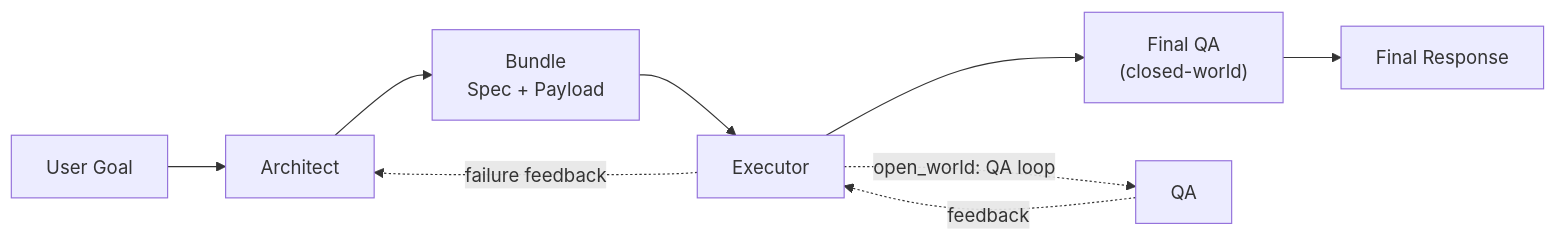
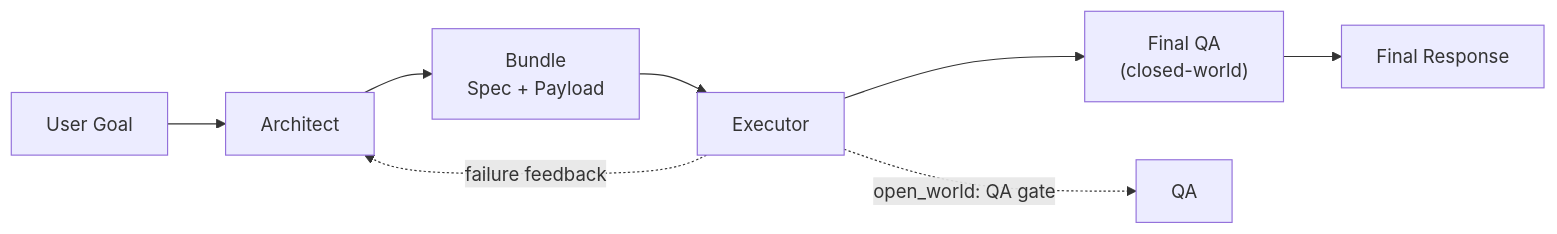
The first of 2 diagrams in README.md (GabrielBarberini/meta-prompting-protocol), drawn with Mermaid before and after one commit. The commit also changed other lines of this file and 15 other files, not shown here.

````diff
--- a/README.md
+++ b/README.md
@@ -51,11 +51,10 @@
 ```mermaid
 flowchart LR
   U[User Goal] --> A[Architect]
   A --> B["Bundle<br>Spec + Payload"]
   B --> E[Executor]
   E --> QF["Final QA<br>(closed-world)"]
   QF --> R[Final Response]
-  E -. "open_world: QA loop" .-> Q[QA]
-  Q -. feedback .-> E
+  E -. "open_world: QA gate" .-> Q[QA]
   E -. "failure feedback" .-> A
 ```
````
